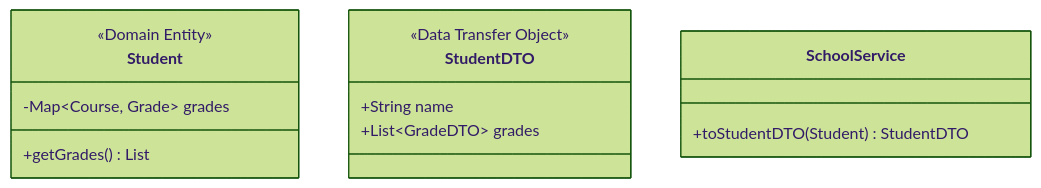
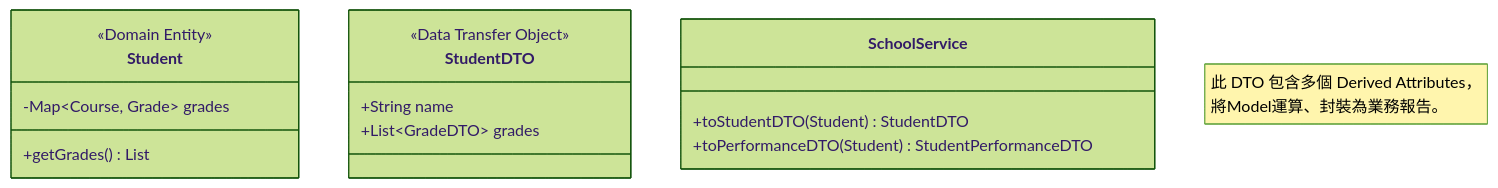
One commit to nlhsueh/teach_sw_fw changed the third of 13 diagrams in Part7_Spring/SpringDemo/docs/UML.md. Above: the diagram before and after it, drawn with Mermaid (forest theme). The commit also changed other lines of this file and 4 other files, not shown here.

Commit message:
feat: Implement StudentPerformanceDTO with masked name and academic report in frontend

````diff
--- a/Part7_Spring/SpringDemo/docs/UML.md
+++ b/Part7_Spring/SpringDemo/docs/UML.md
@@ -95,18 +95,21 @@
 ```mermaid
 classDiagram
     class Student {
         <<Domain Entity>>
         -Map~Course, Grade~ grades
         +getGrades() List
     }
 
     class StudentDTO {
         <<Data Transfer Object>>
         +String name
         +List~GradeDTO~ grades
     }
 
     class SchoolService {
         +toStudentDTO(Student) StudentDTO
+        +toPerformanceDTO(Student) StudentPerformanceDTO
     }
+
+    note for StudentPerformanceDTO "此 DTO 包含多個 Derived Attributes，<br/>將Model運算、封裝為業務報告。"
 ```
````
